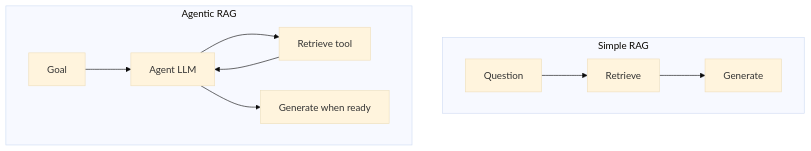
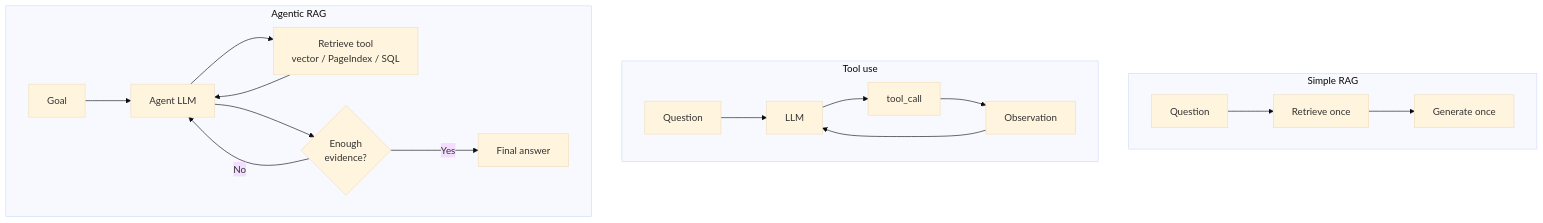
One commit to cshbli/ML-CV-AI changed diagram 22 of 28 in LLM/RAG.md. Above: the diagram before and after it, drawn with Mermaid (base theme). The commit also changed other lines of this file and 1 other file, not shown here.

````diff
--- a/LLM/RAG.md
+++ b/LLM/RAG.md
@@ -728,12 +741,20 @@
 ```mermaid
 flowchart TB
     subgraph SimpleRAG["Simple RAG"]
-        Q1["Question"] --> R1["Retrieve"] --> G1["Generate"]
+        Q1["Question"] --> R1["Retrieve once"] --> G1["Generate once"]
+    end
+    subgraph Tool["Tool use"]
+        Q2["Question"] --> L2["LLM"]
+        L2 --> T2["tool_call"]
+        T2 --> O2["Observation"]
+        O2 --> L2
     end
     subgraph AgentRAG["Agentic RAG"]
-        Q2["Goal"] --> A["Agent LLM"]
-        A --> R2["Retrieve tool"]
-        R2 --> A
-        A --> G2["Generate when ready"]
+        Q3["Goal"] --> A["Agent LLM"]
+        A --> R3["Retrieve tool\nvector / PageIndex / SQL"]
+        R3 --> A
+        A --> Check{"Enough\nevidence?"}
+        Check -->|No| A
+        Check -->|Yes| G3["Final answer"]
     end
 ```
````
